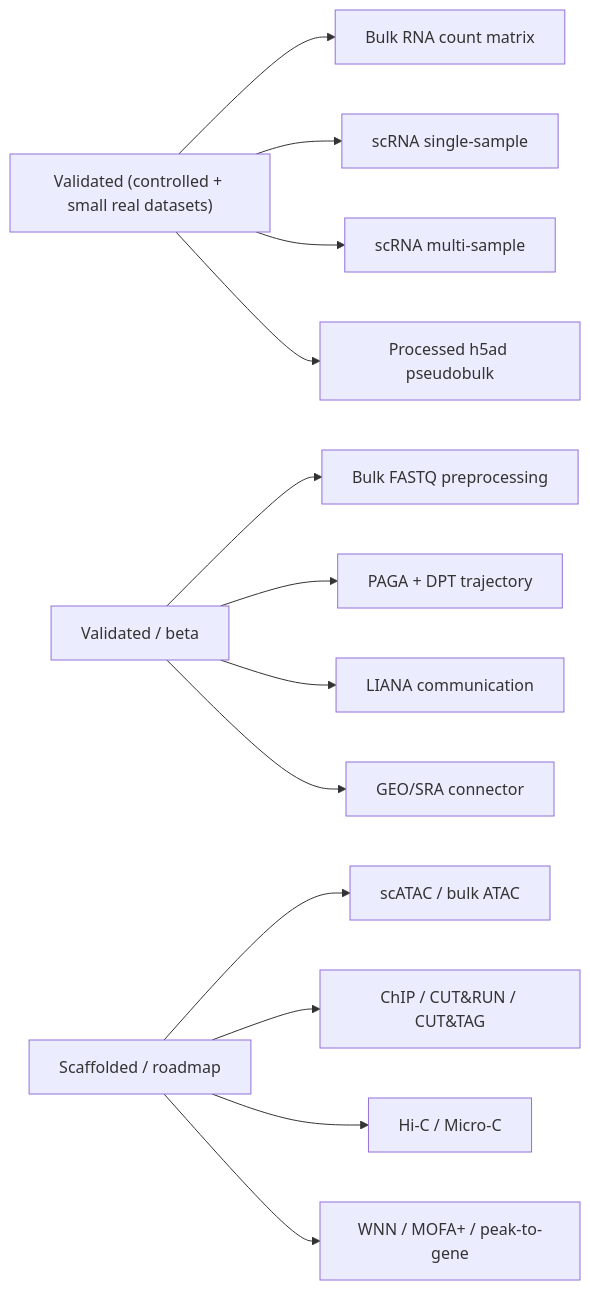
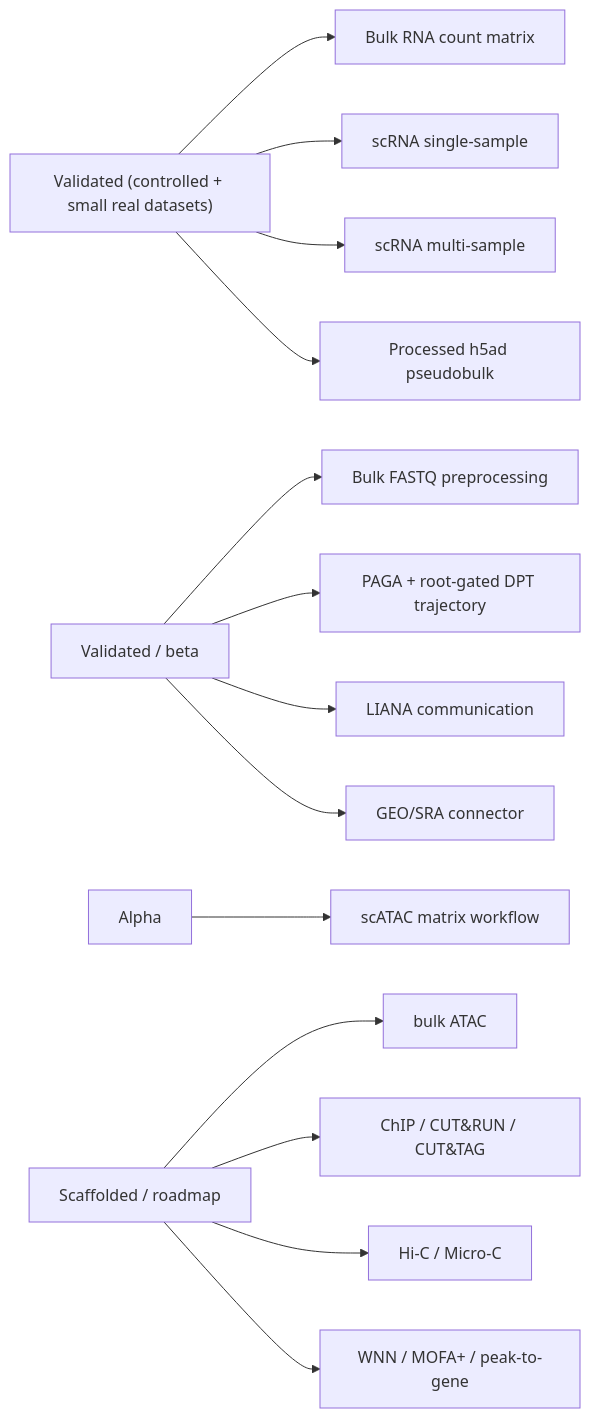
Before and after one commit to Olascoaga/aria-omics: the diagram in docs/diagrams/validation_boundary.mmd, drawn with Mermaid. The commit also changed 11 other files, not shown here.

```diff
--- a/docs/diagrams/validation_boundary.mmd
+++ b/docs/diagrams/validation_boundary.mmd
@@ -1,13 +1,14 @@
 flowchart LR
     A["Validated (controlled + small real datasets)"] --> A1[Bulk RNA count matrix]
     A --> A2[scRNA single-sample]
     A --> A3[scRNA multi-sample]
     A --> A4[Processed h5ad pseudobulk]
     B[Validated / beta] --> B1[Bulk FASTQ preprocessing]
-    B --> B2[PAGA + DPT trajectory]
+    B --> B2[PAGA + root-gated DPT trajectory]
     B --> B3[LIANA communication]
     B --> B4[GEO/SRA connector]
-    C[Scaffolded / roadmap] --> C1[scATAC / bulk ATAC]
+    D[Alpha] --> D1[scATAC matrix workflow]
+    C[Scaffolded / roadmap] --> C1[bulk ATAC]
     C --> C2[ChIP / CUT&RUN / CUT&TAG]
     C --> C3[Hi-C / Micro-C]
     C --> C4[WNN / MOFA+ / peak-to-gene]
```
